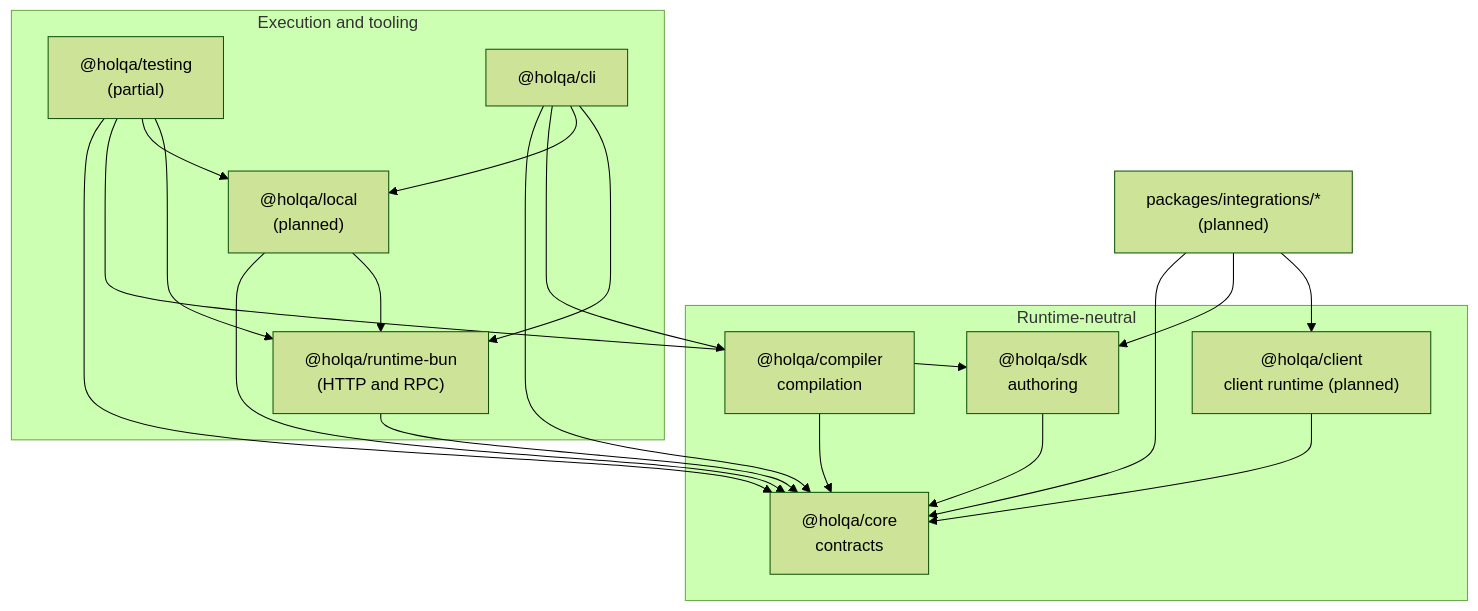
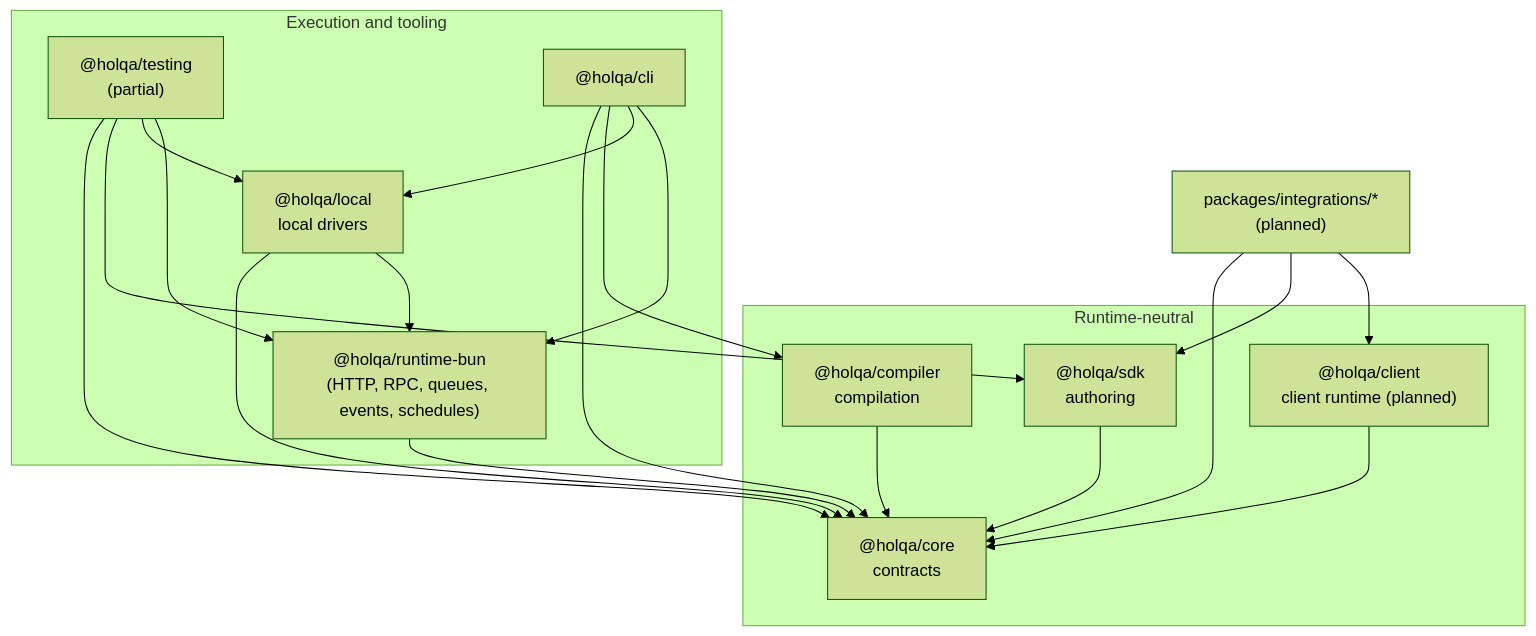
One commit to SrKleRAimBot/holqa changed the first of 2 diagrams in docs/architecture/overview.md. Above: the diagram before and after it, drawn with Mermaid (forest theme). The commit also changed other lines of this file and 131 other files, not shown here.

First line of the commit message:
feat: event-driven resources and local drivers (#7)

````diff
--- a/docs/architecture/overview.md
+++ b/docs/architecture/overview.md
@@ -24,34 +24,34 @@
 ```mermaid
 flowchart TB
   subgraph Neutral["Runtime-neutral"]
     core["@holqa/core<br/>contracts"]
     sdk["@holqa/sdk<br/>authoring"]
     client["@holqa/client<br/>client runtime (planned)"]
     compiler["@holqa/compiler<br/>compilation"]
   end
   subgraph Execution["Execution and tooling"]
-    runtime["@holqa/runtime-bun<br/>(HTTP and RPC)"]
-    local["@holqa/local<br/>(planned)"]
+    runtime["@holqa/runtime-bun<br/>(HTTP, RPC, queues, events, schedules)"]
+    local["@holqa/local<br/>local drivers"]
     testing["@holqa/testing<br/>(partial)"]
     cli["@holqa/cli"]
   end
   integrations["packages/integrations/*<br/>(planned)"]
 
   sdk --> core
   client --> core
   compiler --> core
   runtime --> core
   local --> core
   local --> runtime
   testing --> core
   testing --> sdk
   testing --> local
   testing --> runtime
   cli --> core
   cli --> compiler
   cli --> local
   cli --> runtime
   integrations --> core
   integrations --> sdk
   integrations --> client
 ```
````
